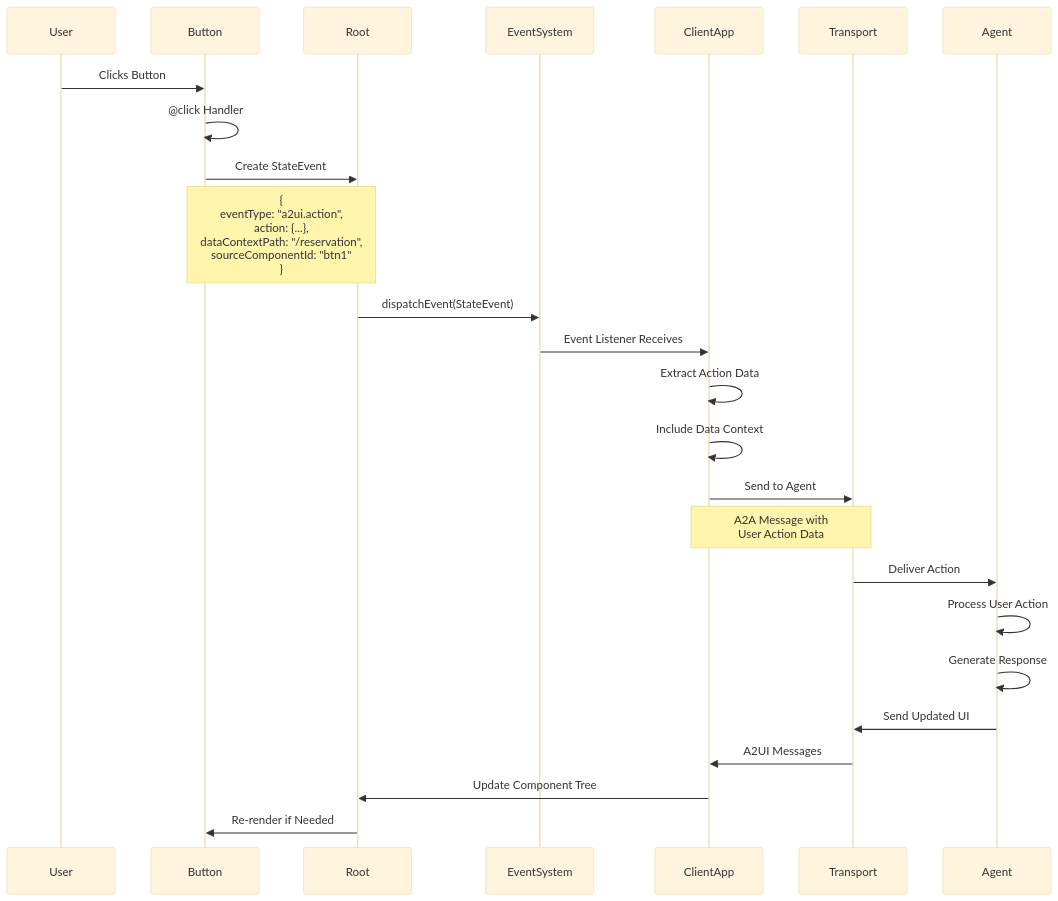
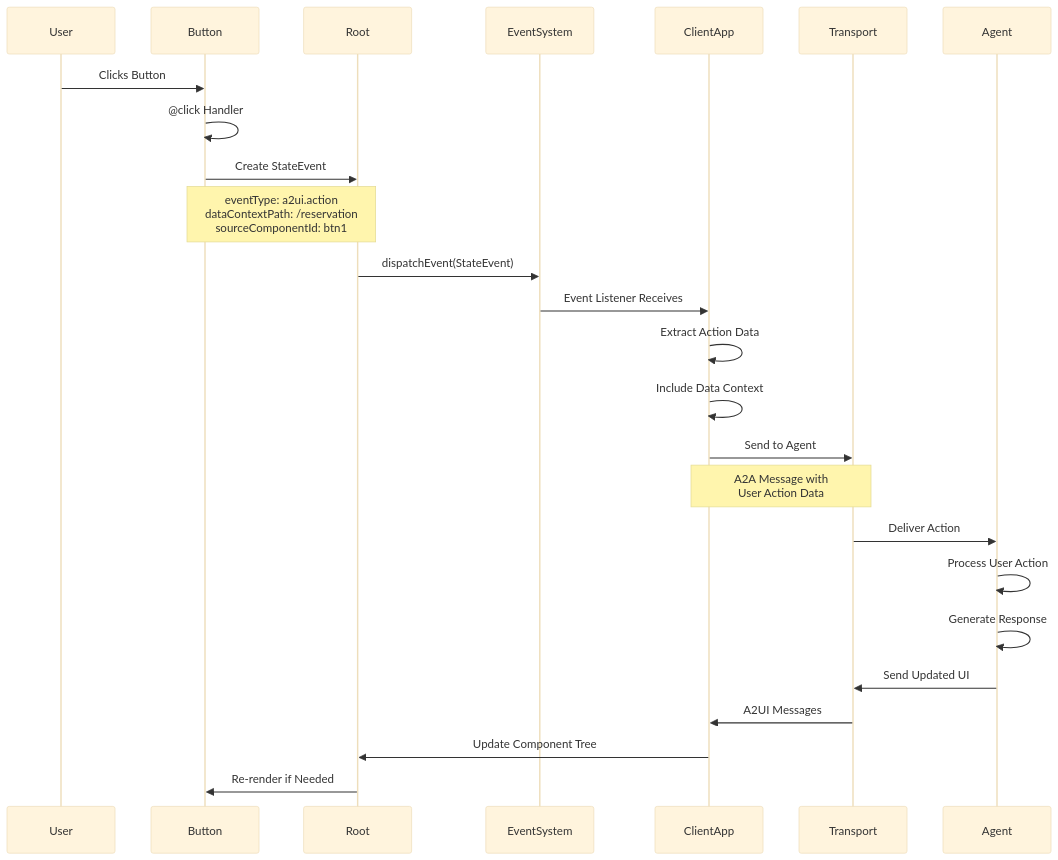
Before and after one commit to google/A2UI: the sixth of 6 diagrams in A2UI_TECHNICAL_ARCHITECTURE.md, drawn with Mermaid (base theme). The commit also changed other lines of this file, not shown here.

Commit message:
Fix Mermaid syntax error in Data Binding Flow diagram

````diff
--- a/A2UI_TECHNICAL_ARCHITECTURE.md
+++ b/A2UI_TECHNICAL_ARCHITECTURE.md
@@ -292,32 +292,32 @@
 ```mermaid
 sequenceDiagram
     participant User
     participant Button
     participant Root
     participant EventSystem
     participant ClientApp
     participant Transport
     participant Agent
 
     User->>Button: Clicks Button
     Button->>Button: @click Handler
     Button->>Root: Create StateEvent
-    Note over Button,Root: {<br/>  eventType: "a2ui.action",<br/>  action: {...},<br/>  dataContextPath: "/reservation",<br/>  sourceComponentId: "btn1"<br/>}
+    Note over Button,Root: eventType: a2ui.action<br/>dataContextPath: /reservation<br/>sourceComponentId: btn1
     
     Root->>EventSystem: dispatchEvent(StateEvent)
     EventSystem->>ClientApp: Event Listener Receives
     ClientApp->>ClientApp: Extract Action Data
     ClientApp->>ClientApp: Include Data Context
     
     ClientApp->>Transport: Send to Agent
     Note over ClientApp,Transport: A2A Message with<br/>User Action Data
     
     Transport->>Agent: Deliver Action
     Agent->>Agent: Process User Action
     Agent->>Agent: Generate Response
     
     Agent->>Transport: Send Updated UI
     Transport->>ClientApp: A2UI Messages
     ClientApp->>Root: Update Component Tree
     Root->>Button: Re-render if Needed
 ```
````
